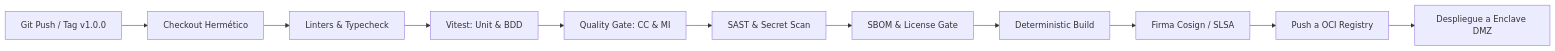
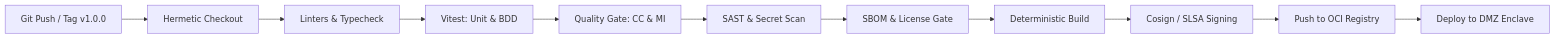
The diagram in templates/manuals/production-manual.template.md (altromon/AI-SDLC), drawn with Mermaid before and after one commit. The commit also changed other lines of this file and 125 other files, not shown here.

````diff
--- a/templates/manuals/production-manual.template.md
+++ b/templates/manuals/production-manual.template.md
@@ -154,13 +154,13 @@
 ```mermaid
 flowchart LR
-    A[Git Push / Tag v1.0.0] --> B[Checkout Hermético]
-    B --> C[Linters & Typecheck]
-    C --> D[Vitest: Unit & BDD]
-    D --> E[Quality Gate: CC & MI]
-    E --> F[SAST & Secret Scan]
-    F --> G[SBOM & License Gate]
-    G --> H[Deterministic Build]
-    H --> I[Firma Cosign / SLSA]
-    I --> J[Push a OCI Registry]
-    J --> K[Despliegue a Enclave DMZ]
+    A["Git Push / Tag v1.0.0"] --> B["Hermetic Checkout"]
+    B --> C["Linters & Typecheck"]
+    C --> D["Vitest: Unit & BDD"]
+    D --> E["Quality Gate: CC & MI"]
+    E --> F["SAST & Secret Scan"]
+    F --> G["SBOM & License Gate"]
+    G --> H["Deterministic Build"]
+    H --> I["Cosign / SLSA Signing"]
+    I --> J["Push to OCI Registry"]
+    J --> K["Deploy to DMZ Enclave"]
 ```
````
